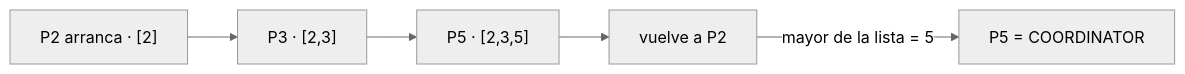
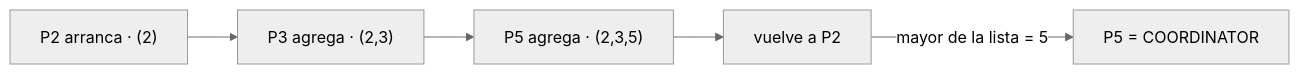
Diagram 18 of 20 in resumen.md (echepereza/programacion-concurrente), drawn with Mermaid (neutral theme) before and after one commit. The commit also changed 3 other files, not shown here.

Commit message:
Ring: usar parentesis en labels del diagrama (evita parseo de brackets en Mermaid)

````diff
--- a/resumen.md
+++ b/resumen.md
@@ -1470,8 +1470,8 @@
 ```mermaid
 flowchart LR
-    A["P2 arranca · [2]"] --> B["P3 · [2,3]"]
-    B --> C["P5 · [2,3,5]"]
+    A["P2 arranca · (2)"] --> B["P3 agrega · (2,3)"]
+    B --> C["P5 agrega · (2,3,5)"]
     C --> D["vuelve a P2"]
     D -->|"mayor de la lista = 5"| E["P5 = COORDINATOR"]
             
 ```
````
